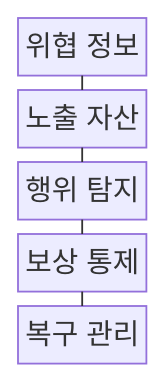
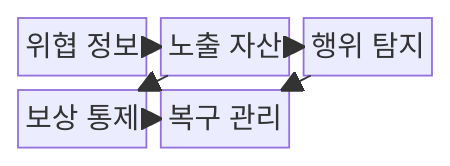
Before and after one commit to agnusdei1207/knowledge-base: the first of 2 diagrams in src/content/docs/notes/05-security/042_zero_day_vulnerability.md, drawn with Mermaid. The commit also changed other lines of this file and 20 other files, not shown here.

````diff
--- a/src/content/docs/notes/05-security/042_zero_day_vulnerability.md
+++ b/src/content/docs/notes/05-security/042_zero_day_vulnerability.md
@@ -55,13 +52,14 @@
 ```mermaid
 block-beta
-  columns 1
+  columns 3
   A["위협 정보"]
   B["노출 자산"]
   C["행위 탐지"]
   D["보상 통제"]
   E["복구 관리"]
-  A --- B
-  B --- C
-  C --- D
-  D --- E
+  A --> B
+  B --> C
+  B --> D
+  C --> E
+  D --> E
 ```
````
